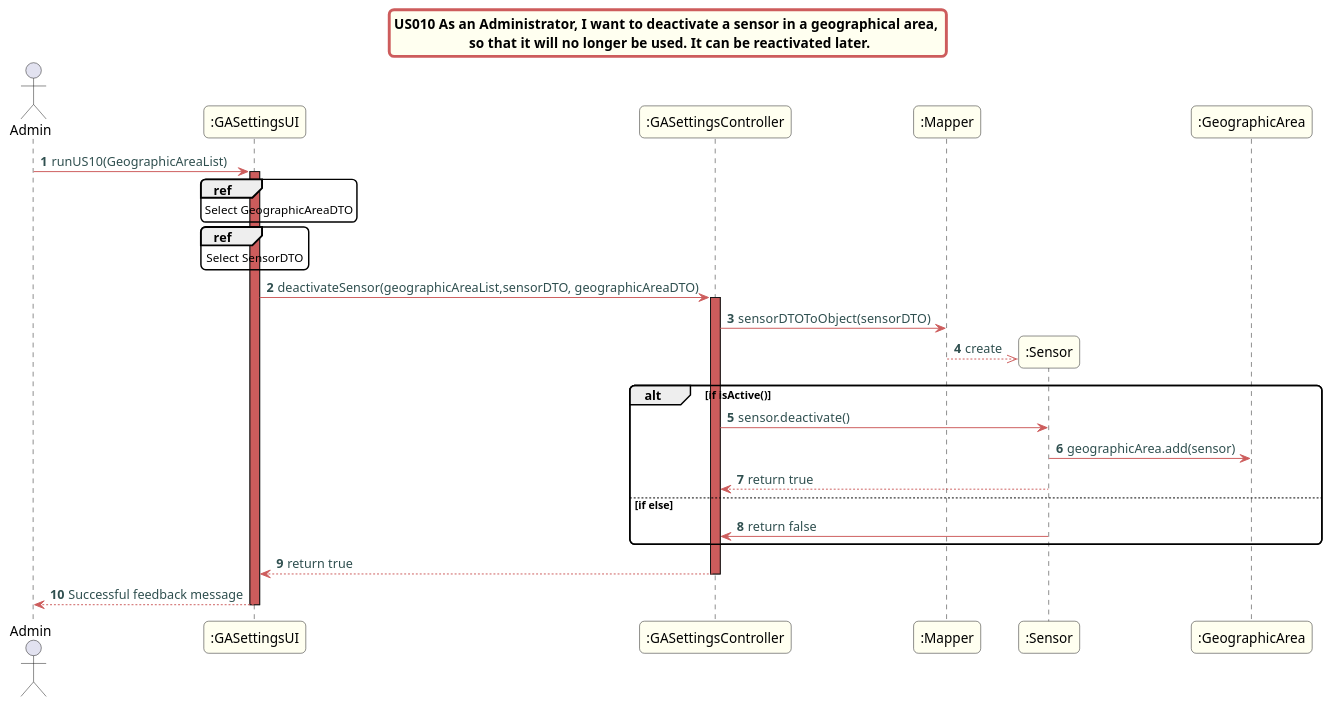
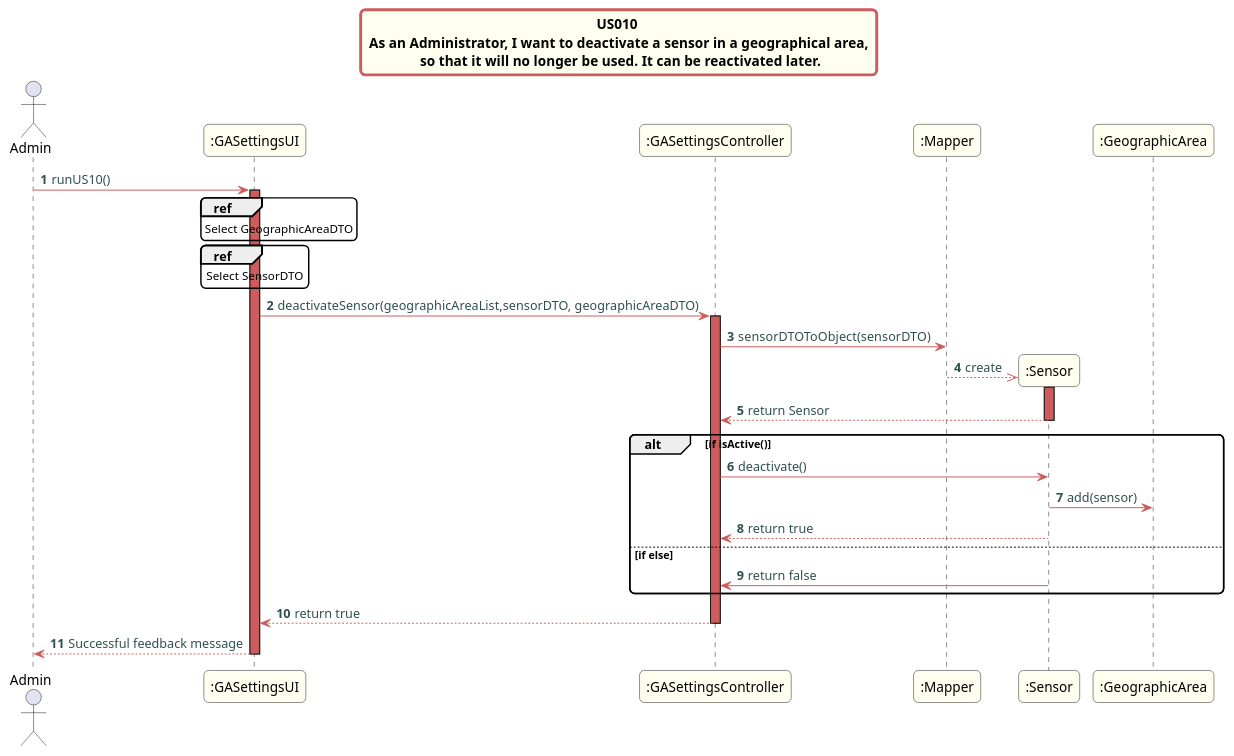
One commit to Almadanmp/project changed the diagram in src/doc/Controllers/GASettings/US10/US10_sd_GASettings.puml. Above: the diagram before and after it, drawn with PlantUML. The commit also changed 16 other files, not shown here.

```diff
--- a/src/doc/Controllers/GASettings/US10/US10_sd_GASettings.puml
+++ b/src/doc/Controllers/GASettings/US10/US10_sd_GASettings.puml
@@ -1,52 +1,57 @@
 @startuml
-title US010 As an Administrator, I want to deactivate a sensor in a geographical area, \n so that it will no longer be used. It can be reactivated later.
+title US010 \n As an Administrator, I want to deactivate a sensor in a geographical area, \n so that it will no longer be used. It can be reactivated later.
 actor Admin
 skinparam titleBorderRoundCorner 10
 skinparam titleBorderThickness 3
 skinparam titleBorderColor indianred
 skinparam titleBackgroundColor ivory
 skinparam FontName quicksand
 
 skinparam actor {
  	BorderColor indianred
  	}
 
  skinparam sequence {
  	LifeLineBackgroundColor indianred
  	ParticipantBackgroundColor ivory
  }
 
  skinparam roundcorner 10
 
  skinparam component {
    arrowThickness 1
    ArrowFontName Verdana
    ArrowColor indianred
    ArrowFontColor darkslategrey
  }
 autonumber
-Admin -> ":GASettingsUI": runUS10(GeographicAreaList)
+Admin -> ":GASettingsUI": runUS10()
 activate ":GASettingsUI"
 ref over ":GASettingsUI"
 Select GeographicAreaDTO
 end ref
 ref over ":GASettingsUI"
 Select SensorDTO
 end ref
 ":GASettingsUI" -> ":GASettingsController": deactivateSensor(geographicAreaList,sensorDTO, geographicAreaDTO)
 activate ":GASettingsController"
 ":GASettingsController" -> ":Mapper": sensorDTOToObject(sensorDTO)
+
 create ":Sensor"
+
 ":Mapper" -->> ":Sensor": create
+activate ":Sensor"
+":Sensor" --> ":GASettingsController": return Sensor
+deactivate ":Sensor"
 alt if isActive()
-":GASettingsController" -> ":Sensor": sensor.deactivate()
-":Sensor" -> ":GeographicArea": geographicArea.add(sensor)
+":GASettingsController" -> ":Sensor": deactivate()
+":Sensor" -> ":GeographicArea": add(sensor)
 ":Sensor" --> ":GASettingsController": return true
 else if else
 ":Sensor" -> ":GASettingsController": return false
 end
 ":GASettingsController" --> ":GASettingsUI": return true
 deactivate ":GASettingsController"
 ":GASettingsUI" --> Admin: Successful feedback message
 deactivate ":GASettingsUI"
 @enduml
```
